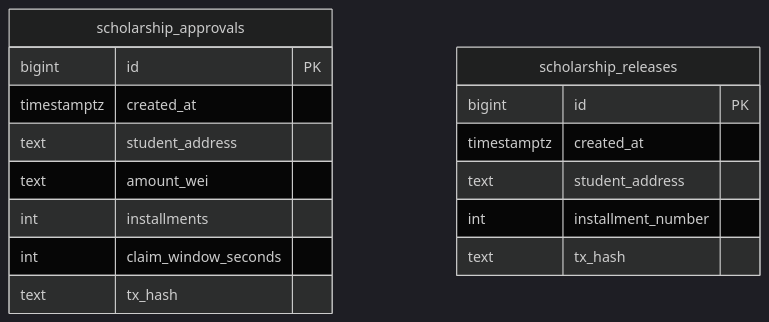
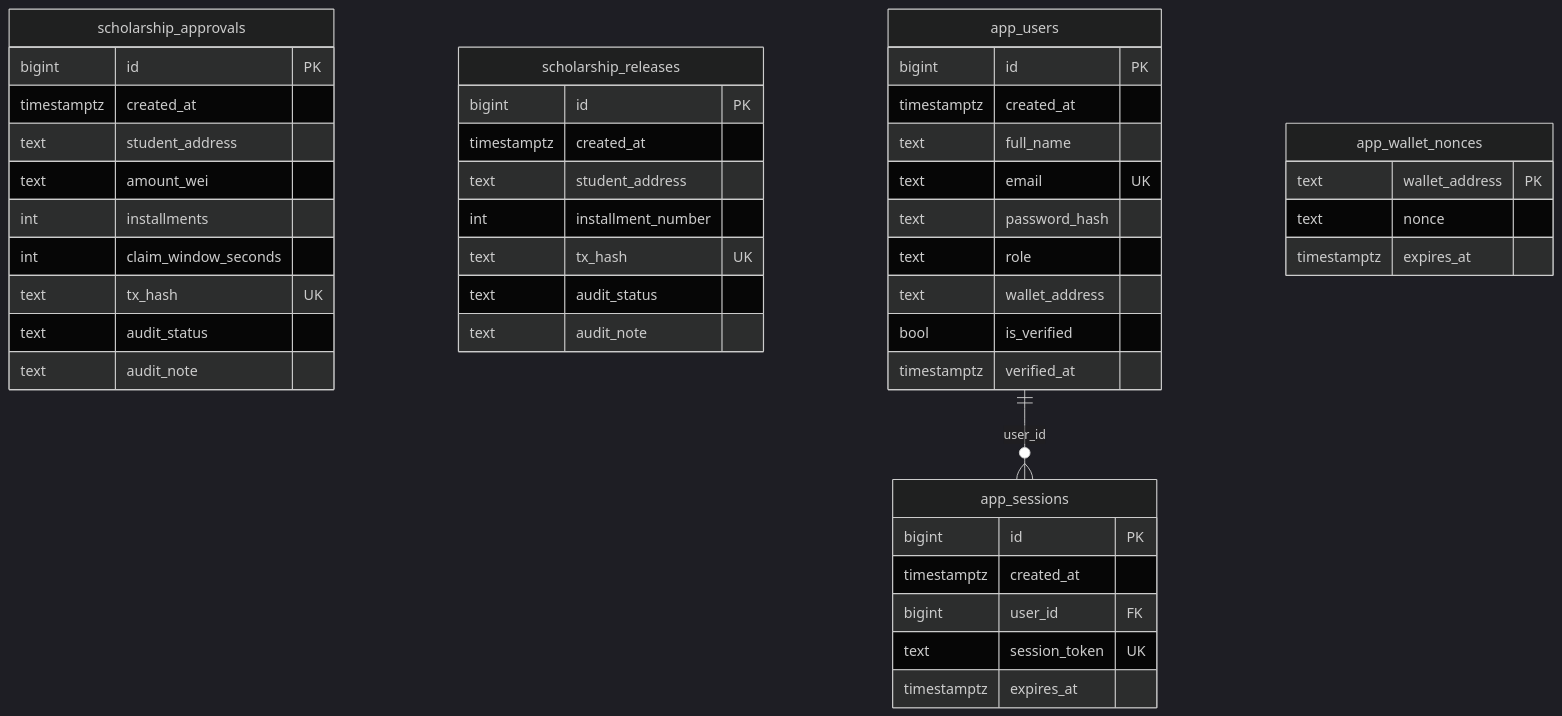
One commit to ahmedelbamby-aast/ScholarshipDisbursement changed the first of 3 diagrams in docs/database.md. Above: the diagram before and after it, drawn with Mermaid (dark theme). The commit also changed other lines of this file and 60 other files, not shown here.

First line of the commit message:
feat: Enhance registration forms with wallet address input and generator button

````diff
--- a/docs/database.md
+++ b/docs/database.md
@@ -12,20 +12,52 @@
 ```mermaid
 erDiagram
   scholarship_approvals {
     bigint id PK
     timestamptz created_at
     text student_address
     text amount_wei
     int installments
     int claim_window_seconds
-    text tx_hash
+    text tx_hash UK
+    text audit_status
+    text audit_note
   }
 
   scholarship_releases {
     bigint id PK
     timestamptz created_at
     text student_address
     int installment_number
-    text tx_hash
+    text tx_hash UK
+    text audit_status
+    text audit_note
   }
+
+  app_users {
+    bigint id PK
+    timestamptz created_at
+    text full_name
+    text email UK
+    text password_hash
+    text role
+    text wallet_address
+    bool is_verified
+    timestamptz verified_at
+  }
+
+  app_sessions {
+    bigint id PK
+    timestamptz created_at
+    bigint user_id FK
+    text session_token UK
+    timestamptz expires_at
+  }
+
+  app_wallet_nonces {
+    text wallet_address PK
+    text nonce
+    timestamptz expires_at
+  }
+
+  app_users ||--o{ app_sessions : user_id
 ```
````
